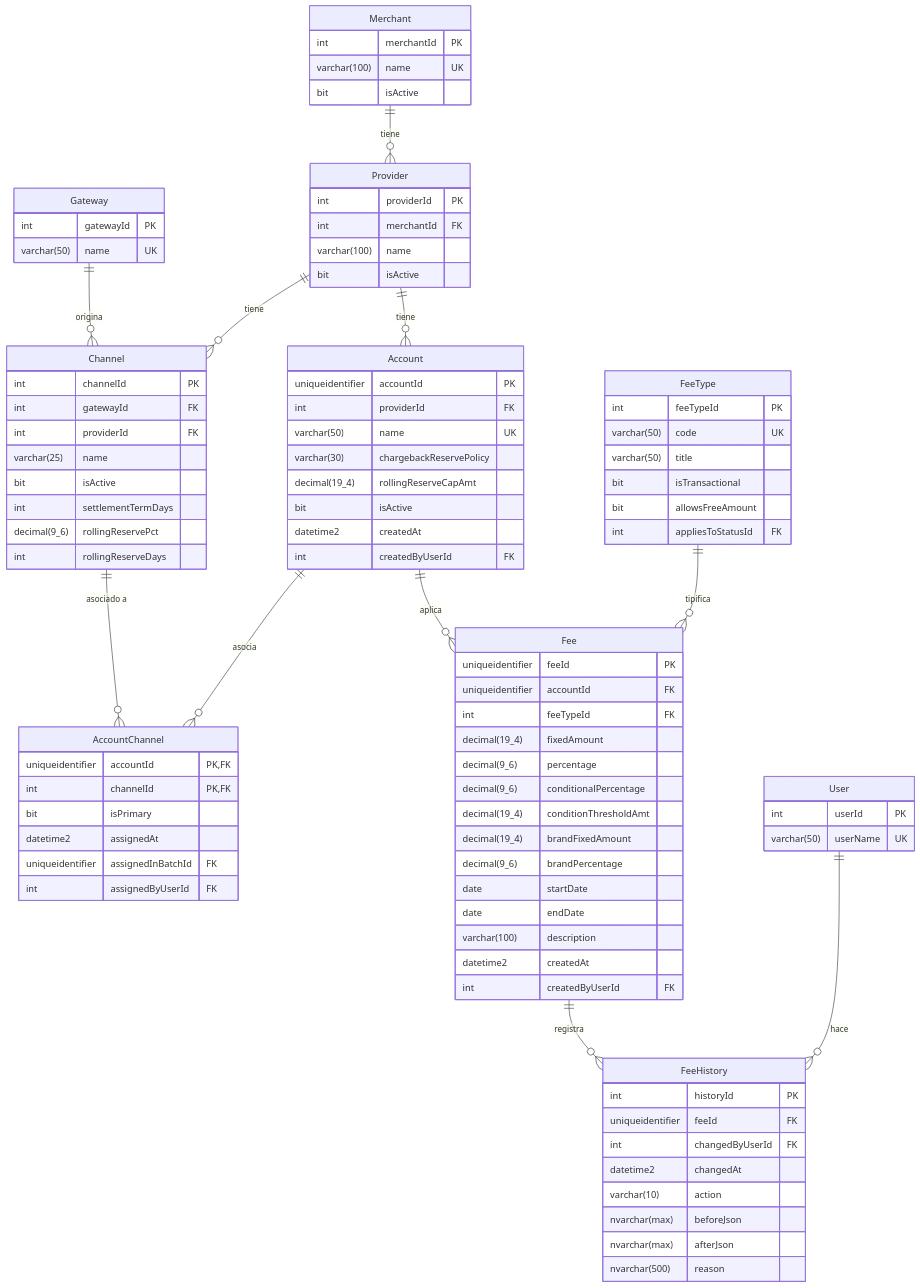
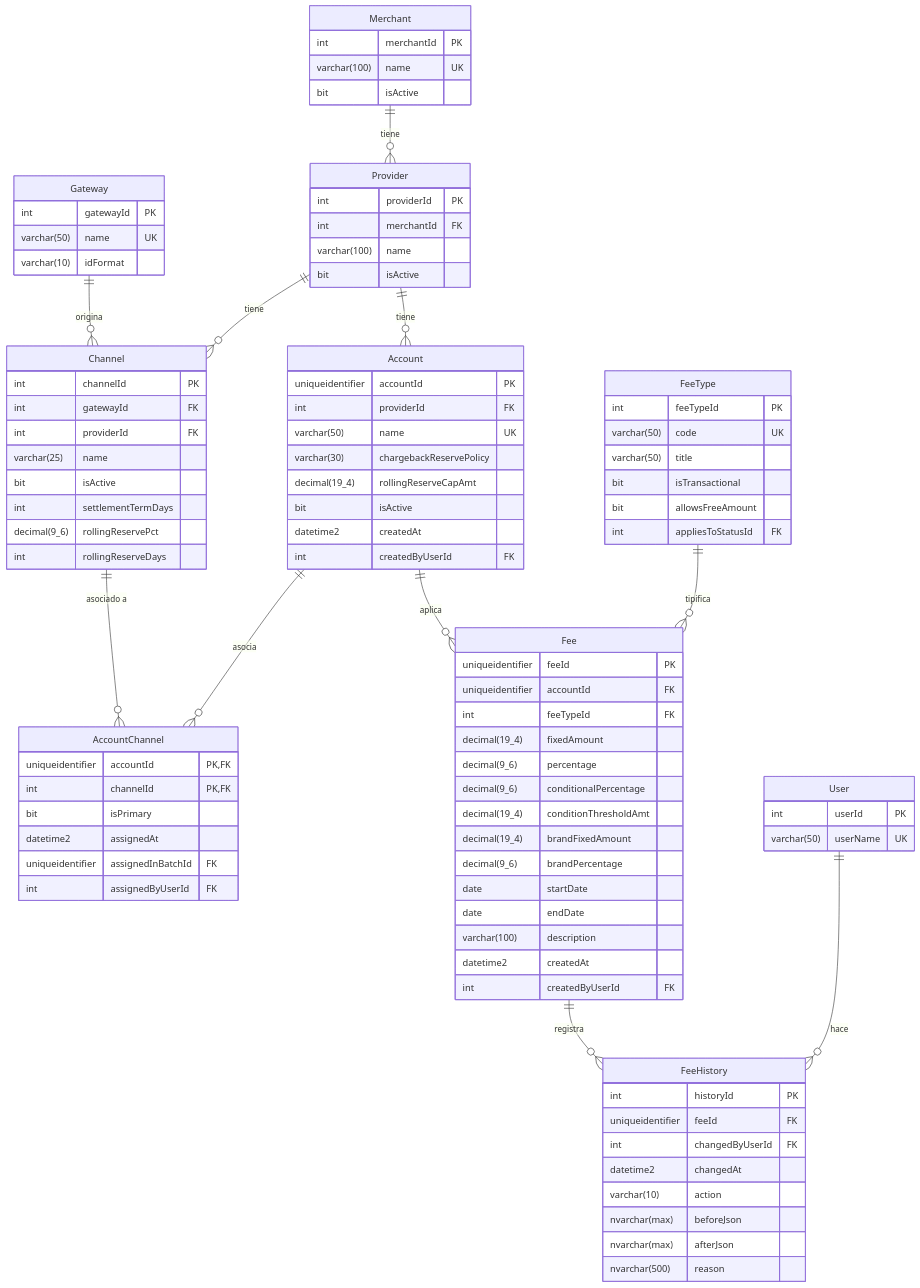
The sixth of 10 diagrams in readme.md (LIDR-academy-temp/AI4Devs-finalproject), drawn with Mermaid before and after one commit. The commit also changed other lines of this file and 4 other files, not shown here.

```diff
--- a/readme.md
+++ b/readme.md
@@ -518,6 +490,7 @@
     Gateway {
         int gatewayId PK
         varchar(50) name UK
+        varchar(10) idFormat
     }
     Merchant {
         int merchantId PK
```
